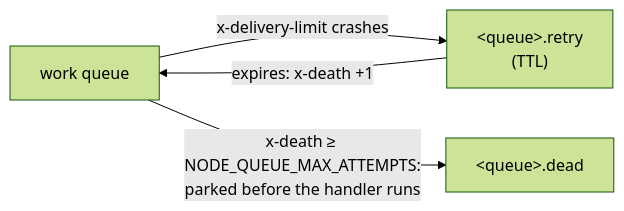
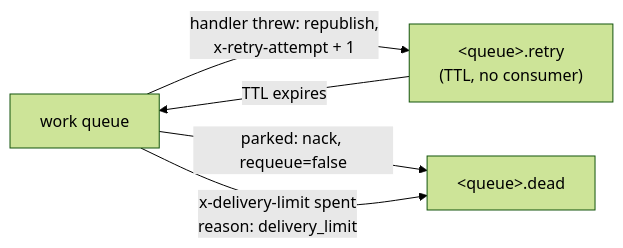
Before and after one commit to Guebbit/boilerplate-node-backend: the third of 5 diagrams in docs/tools/rabbitmq.md, drawn with Mermaid (forest theme). The commit also changed other lines of this file and 4 other files, not shown here.

First line of the commit message:
fix(queue): park a spent delivery limit in <queue>.dead and count retries in our own header

````diff
--- a/docs/tools/rabbitmq.md
+++ b/docs/tools/rabbitmq.md
@@ -259,6 +183,7 @@
 ```mermaid
 flowchart LR
-    W["work queue"] -->|"x-delivery-limit crashes"| R["&lt;queue&gt;.retry<br/>(TTL)"]
-    R -->|"expires: x-death +1"| W
-    W -->|"x-death ≥ NODE_QUEUE_MAX_ATTEMPTS:<br/>parked before the handler runs"| D["&lt;queue&gt;.dead"]
+    W["work queue"] -->|"handler threw: republish,<br/>x-retry-attempt + 1"| R["&lt;queue&gt;.retry<br/>(TTL, no consumer)"]
+    R -->|"TTL expires"| W
+    W -->|"parked: nack, requeue=false"| D["&lt;queue&gt;.dead"]
+    W -->|"x-delivery-limit spent<br/>reason: delivery_limit"| D
 ```
````
